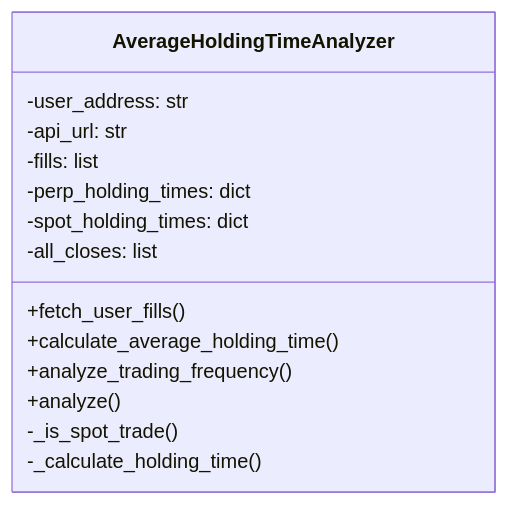
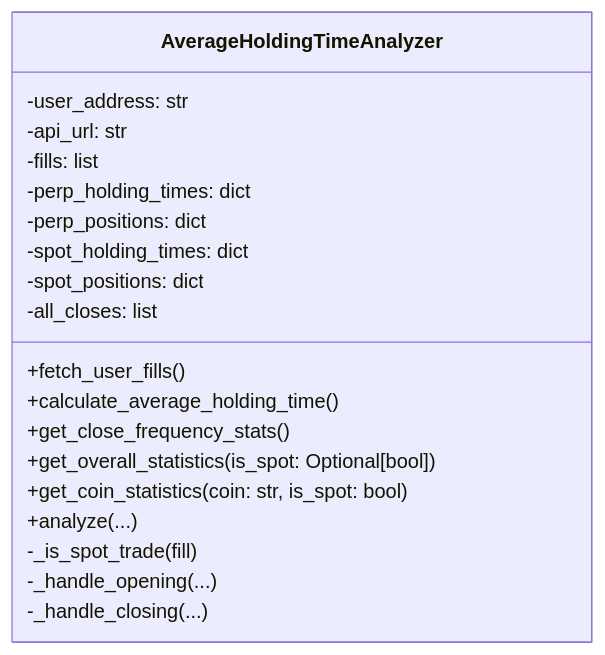
Before and after one commit to zhajingwen/seek_frequently_traders_from_HL: the second of 2 diagrams in ARCHITECTURE.md, drawn with Mermaid. The commit also changed other lines of this file and 3 other files, not shown here.

````diff
--- a/ARCHITECTURE.md
+++ b/ARCHITECTURE.md
@@ -105,18 +107,23 @@
 ```mermaid
 classDiagram
     class AverageHoldingTimeAnalyzer {
         -user_address: str
         -api_url: str
         -fills: list
         -perp_holding_times: dict
+        -perp_positions: dict
         -spot_holding_times: dict
+        -spot_positions: dict
         -all_closes: list
         
         +fetch_user_fills()
         +calculate_average_holding_time()
-        +analyze_trading_frequency()
-        +analyze()
-        -_is_spot_trade()
-        -_calculate_holding_time()
+        +get_close_frequency_stats()
+        +get_overall_statistics(is_spot: Optional[bool])
+        +get_coin_statistics(coin: str, is_spot: bool)
+        +analyze(...)
+        -_is_spot_trade(fill)
+        -_handle_opening(...)
+        -_handle_closing(...)
     }
 ```
````
